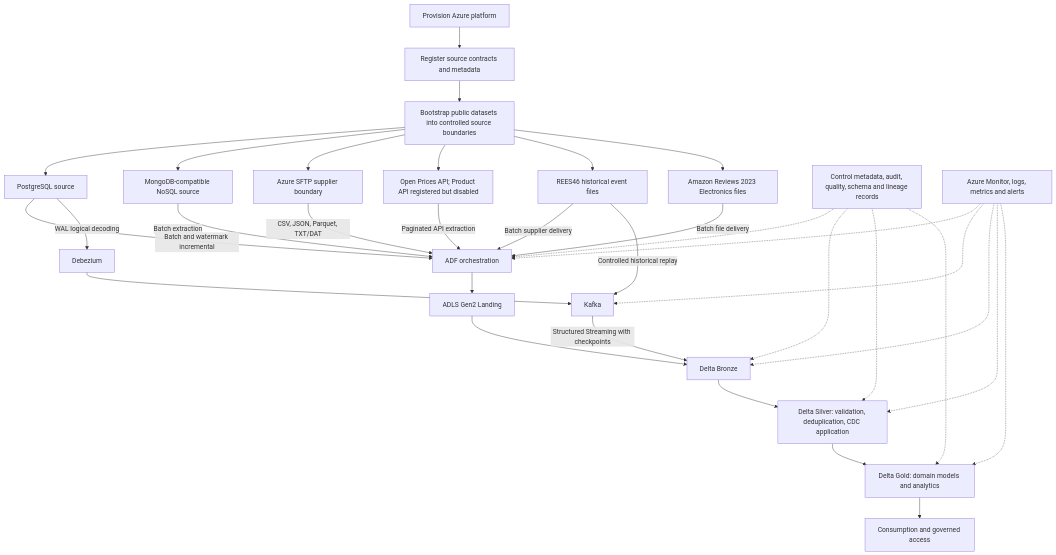
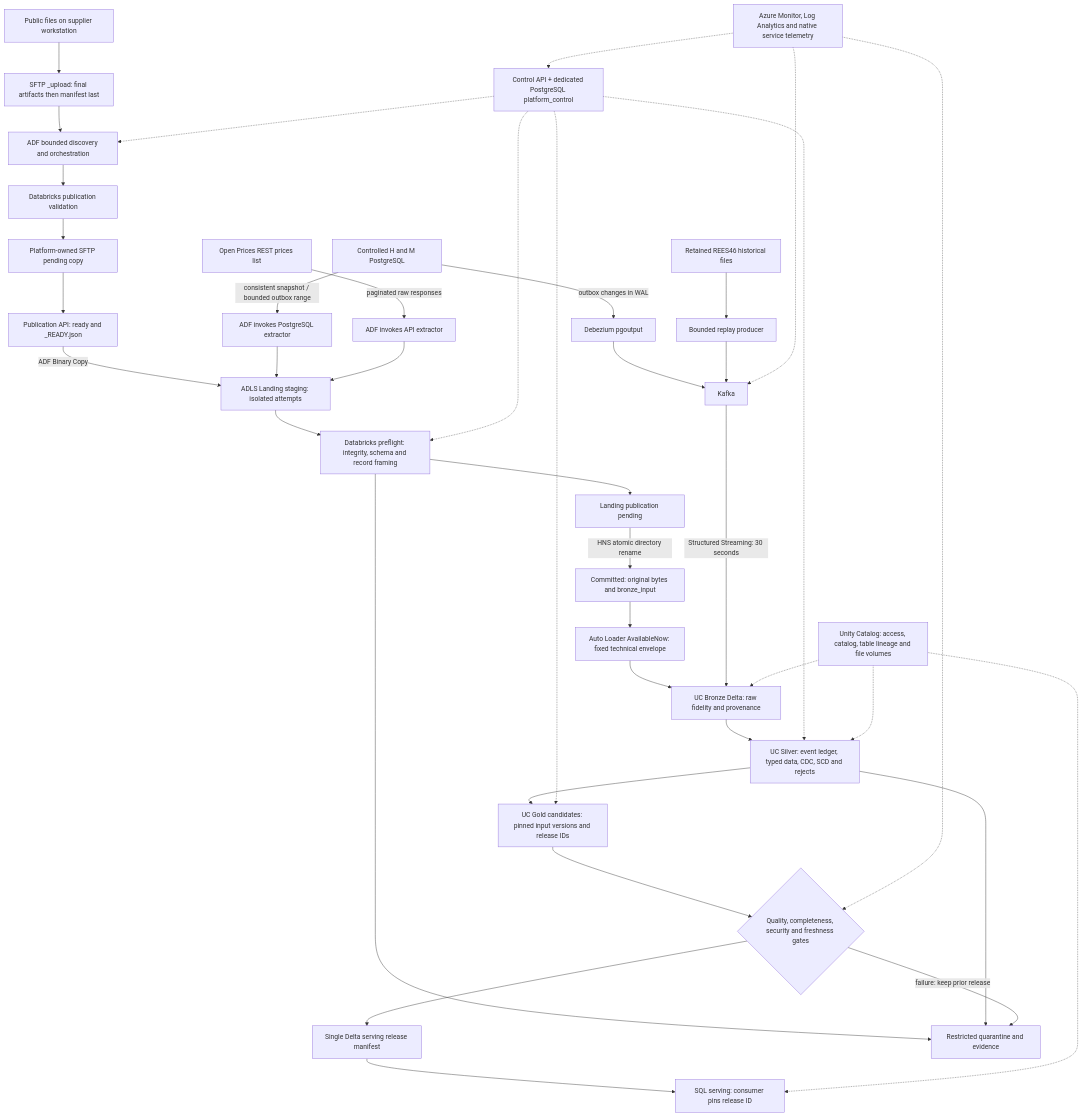
The first of 2 diagrams in docs/architecture/architecture.md (harshitarav/azure-databricks-production-data-platform), drawn with Mermaid before and after one commit. The commit also changed other lines of this file and 4 other files, not shown here.

````diff
--- a/docs/architecture/architecture.md
+++ b/docs/architecture/architecture.md
@@ -45,40 +39,41 @@
 ```mermaid
 flowchart TD
-    P[Provision Azure platform] --> M[Register source contracts and metadata]
-    M --> B[Bootstrap public datasets into controlled source boundaries]
-
-    B --> PG[PostgreSQL source]
-    B --> NS[MongoDB-compatible NoSQL source]
-    B --> SFTP[Azure SFTP supplier boundary]
-    B --> API[Open Prices API; Product API registered but disabled]
-    B --> R[REES46 historical event files]
-    B --> AMZ[Amazon Reviews 2023 Electronics files]
-
-    PG -->|Batch and watermark incremental| ADF[ADF orchestration]
-    SFTP -->|CSV, JSON, Parquet, TXT/DAT| ADF
-    NS -->|Batch extraction| ADF
-    API -->|Paginated API extraction| ADF
-    R -->|Batch supplier delivery| ADF
-    AMZ -->|Batch file delivery| ADF
-
-    ADF --> L[ADLS Gen2 Landing]
-    PG -->|WAL logical decoding| DBZ[Debezium]
-    DBZ --> K[Kafka]
-    R -->|Controlled historical replay| K
-
-    L --> BR[Delta Bronze]
-    K -->|Structured Streaming with checkpoints| BR
-    BR --> SI[Delta Silver: validation, deduplication, CDC application]
-    SI --> GO[Delta Gold: domain models and analytics]
-    GO --> CON[Consumption and governed access]
-
-    META[Control metadata, audit, quality, schema and lineage records] -.-> ADF
-    META -.-> BR
-    META -.-> SI
-    META -.-> GO
-    MON[Azure Monitor, logs, metrics and alerts] -.-> ADF
-    MON -.-> K
-    MON -.-> BR
-    MON -.-> SI
-    MON -.-> GO
+  F[Public files on supplier workstation] --> U[SFTP _upload: final artifacts then manifest last]
+  U --> A[ADF bounded discovery and orchestration]
+  A --> P[Databricks publication validation]
+  P --> PP[Platform-owned SFTP pending copy]
+  PP --> R[Publication API: ready and _READY.json]
+  R -->|ADF Binary Copy| ST[ADLS Landing staging: isolated attempts]
+  PG[Controlled H and M PostgreSQL] -->|consistent snapshot / bounded outbox range| X[ADF invokes PostgreSQL extractor]
+  API[Open Prices REST prices list] -->|paginated raw responses| AX[ADF invokes API extractor]
+  X --> ST
+  AX --> ST
+  ST --> V[Databricks preflight: integrity, schema and record framing]
+  V --> PN[Landing publication pending]
+  PN -->|HNS atomic directory rename| C[Committed: original bytes and bronze_input]
+  C --> AL[Auto Loader AvailableNow: fixed technical envelope]
+  AL --> B[UC Bronze Delta: raw fidelity and provenance]
+  PG -->|outbox changes in WAL| DB[Debezium pgoutput]
+  DB --> K[Kafka]
+  RF[Retained REES46 historical files] --> RP[Bounded replay producer]
+  RP --> K
+  K -->|Structured Streaming: 30 seconds| B
+  B --> S[UC Silver: event ledger, typed data, CDC, SCD and rejects]
+  S --> G[UC Gold candidates: pinned input versions and release IDs]
+  G --> Q{Quality, completeness, security and freshness gates}
+  Q --> M[Single Delta serving release manifest]
+  M --> CON[SQL serving: consumer pins release ID]
+  V --> ERR[Restricted quarantine and evidence]
+  S --> ERR
+  Q -->|failure: keep prior release| ERR
+  CP[Control API + dedicated PostgreSQL platform_control] -.-> A
+  CP -.-> V
+  CP -.-> S
+  CP -.-> G
+  UC[Unity Catalog: access, catalog, table lineage and file volumes] -.-> B
+  UC -.-> S
+  UC -.-> CON
+  OBS[Azure Monitor, Log Analytics and native service telemetry] -.-> CP
+  OBS -.-> K
+  OBS -.-> Q
 ```
````
